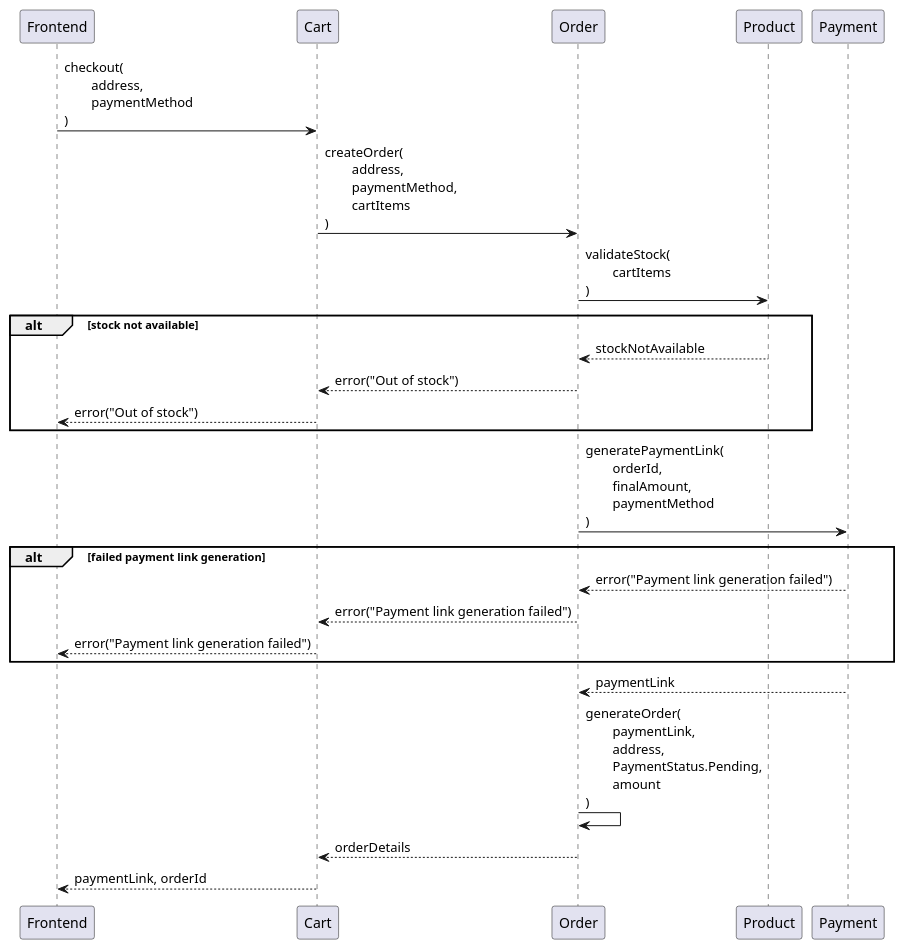
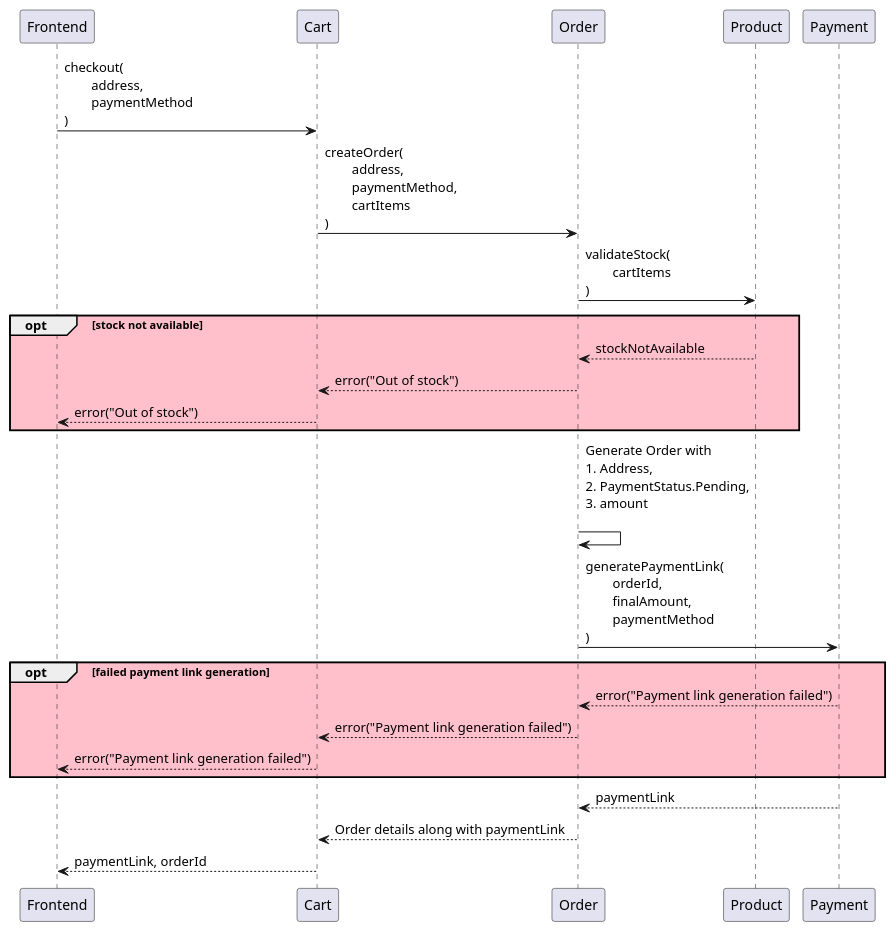
The diagram in docs/uml/checkout.puml (Veeshal/neovarsity-ecommerce-capstone-project), drawn with PlantUML before and after one commit.

Commit message:
Updated sequence diagram for checkout.

```diff
--- a/docs/uml/checkout.puml
+++ b/docs/uml/checkout.puml
@@ -1,28 +1,28 @@
 @startuml
 'https://plantuml.com/sequence-diagram
 
 
 Frontend -> Cart: checkout(\n\taddress,\n\tpaymentMethod\n)
 
 Cart -> Order: createOrder(\n\taddress,\n\tpaymentMethod,\n\tcartItems\n)
 
 Order -> Product: validateStock(\n\tcartItems\n)
-alt stock not available
+opt #pink stock not available
     Product --> Order: stockNotAvailable
     Order --> Cart: error("Out of stock")
     Cart --> Frontend: error("Out of stock")
 end
+Order -> Order: Generate Order with\n1. Address,\n2. PaymentStatus.Pending,\n3. amount\n
 
 Order -> Payment: generatePaymentLink(\n\torderId,\n\tfinalAmount,\n\tpaymentMethod\n)
-alt failed payment link generation
+opt #pink failed payment link generation
     Payment --> Order: error("Payment link generation failed")
     Order --> Cart: error("Payment link generation failed")
     Cart --> Frontend: error("Payment link generation failed")
 end
 
 Payment --> Order: paymentLink
-Order -> Order: generateOrder(\n\tpaymentLink,\n\taddress,\n\tPaymentStatus.Pending,\n\tamount\n)
-Order --> Cart: orderDetails
+Order --> Cart: Order details along with paymentLink
 Cart --> Frontend: paymentLink, orderId
 
 @enduml
```
